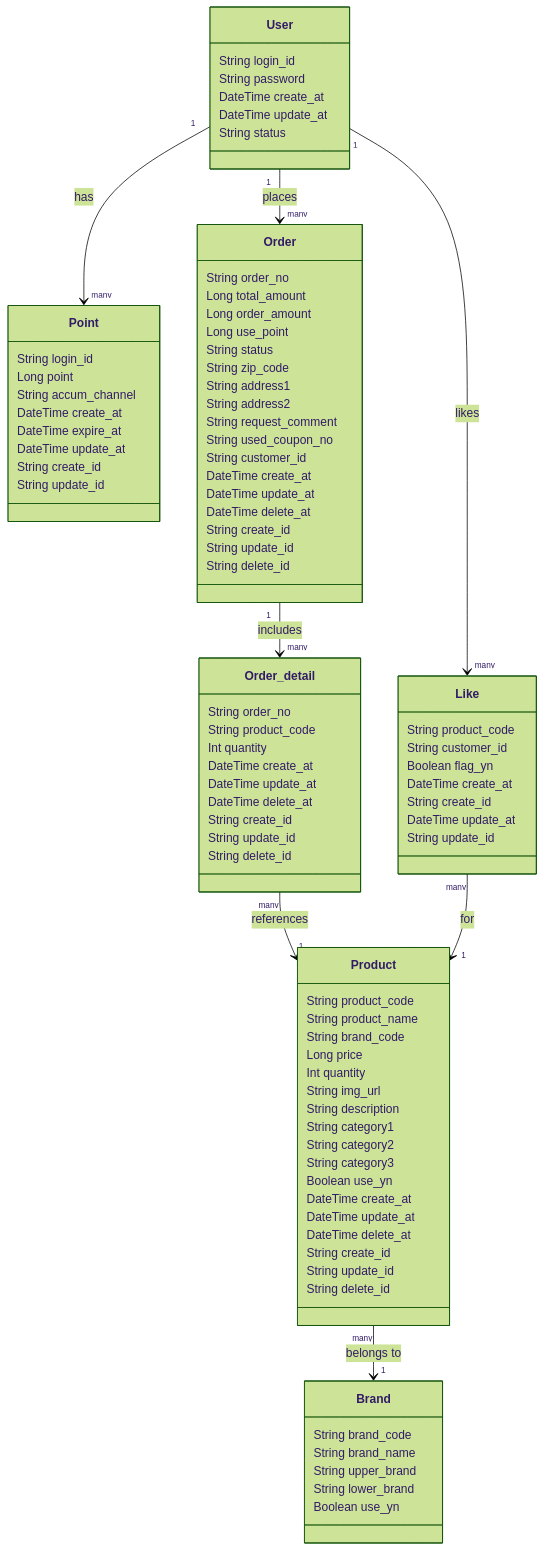
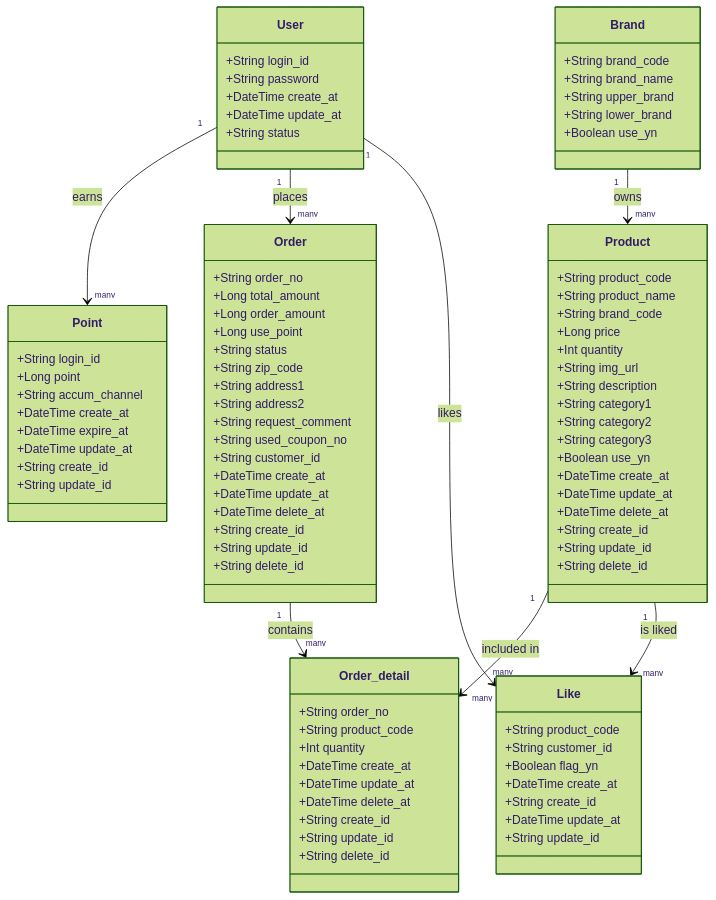
The diagram in docs/design/03.class-diagram.md (lutae2000/java-spring-ecommerce-api), drawn with Mermaid (forest theme) before and after one commit. The commit also changed other lines of this file and 5 other files, not shown here.

````diff
--- a/docs/design/03.class-diagram.md
+++ b/docs/design/03.class-diagram.md
@@ -1,108 +2,108 @@
 ```mermaid
 classDiagram
 
-%% User
+%% User Table
 class User {
-  String login_id
-  String password
-  DateTime create_at
-  DateTime update_at
-  String status
+  +String login_id
+  +String password
+  +DateTime create_at
+  +DateTime update_at
+  +String status
 }
 
-%% Point
+%% Point Table
 class Point {
-  String login_id
-  Long point
-  String accum_channel
-  DateTime create_at
-  DateTime expire_at
-  DateTime update_at
-  String create_id
-  String update_id
+  +String login_id
+  +Long point
+  +String accum_channel
+  +DateTime create_at
+  +DateTime expire_at
+  +DateTime update_at
+  +String create_id
+  +String update_id
 }
 
-%% Order
+%% Order Table
 class Order {
-  String order_no
-  Long total_amount
-  Long order_amount
-  Long use_point
-  String status
-  String zip_code
-  String address1
-  String address2
-  String request_comment
-  String used_coupon_no
-  String customer_id
-  DateTime create_at
-  DateTime update_at
-  DateTime delete_at
-  String create_id
-  String update_id
-  String delete_id
+  +String order_no
+  +Long total_amount
+  +Long order_amount
+  +Long use_point
+  +String status
+  +String zip_code
+  +String address1
+  +String address2
+  +String request_comment
+  +String used_coupon_no
+  +String customer_id
+  +DateTime create_at
+  +DateTime update_at
+  +DateTime delete_at
+  +String create_id
+  +String update_id
+  +String delete_id
 }
 
-%% Order_detail
+%% Order_detail Table
 class Order_detail {
-  String order_no
-  String product_code
-  Int quantity
-  DateTime create_at
-  DateTime update_at
-  DateTime delete_at
-  String create_id
-  String update_id
-  String delete_id
+  +String order_no
+  +String product_code
+  +Int quantity
+  +DateTime create_at
+  +DateTime update_at
+  +DateTime delete_at
+  +String create_id
+  +String update_id
+  +String delete_id
 }
 
-%% Product
+%% Product Table
 class Product {
-  String product_code
-  String product_name
-  String brand_code
-  Long price
-  Int quantity
-  String img_url
-  String description
-  String category1
-  String category2
-  String category3
-  Boolean use_yn
-  DateTime create_at
-  DateTime update_at
-  DateTime delete_at
-  String create_id
-  String update_id
-  String delete_id
+  +String product_code
+  +String product_name
+  +String brand_code
+  +Long price
+  +Int quantity
+  +String img_url
+  +String description
+  +String category1
+  +String category2
+  +String category3
+  +Boolean use_yn
+  +DateTime create_at
+  +DateTime update_at
+  +DateTime delete_at
+  +String create_id
+  +String update_id
+  +String delete_id
 }
 
-%% Like
-class Like {
-  String product_code
-  String customer_id
-  Boolean flag_yn
-  DateTime create_at
-  String create_id
-  DateTime update_at
-  String update_id
+%% Brand Table
+class Brand {
+  +String brand_code
+  +String brand_name
+  +String upper_brand
+  +String lower_brand
+  +Boolean use_yn
 }
 
-%% Brand
-class Brand {
-  String brand_code
-  String brand_name
-  String upper_brand
-  String lower_brand
-  Boolean use_yn
+%% Like Table
+class Like {
+  +String product_code
+  +String customer_id
+  +Boolean flag_yn
+  +DateTime create_at
+  +String create_id
+  +DateTime update_at
+  +String update_id
 }
 
-%% Associations
-User "1" --> "many" Point : has
+%% Relationships
+User "1" --> "many" Point : earns
 User "1" --> "many" Order : places
-Order "1" --> "many" Order_detail : includes
-Order_detail "many" --> "1" Product : references
-Product "many" --> "1" Brand : belongs to
 User "1" --> "many" Like : likes
-Like "many" --> "1" Product : for
+Product "1" --> "many" Order_detail : included in
+Product "1" --> "many" Like : is liked
+Order "1" --> "many" Order_detail : contains
+Brand "1" --> "many" Product : owns
 ```
````
